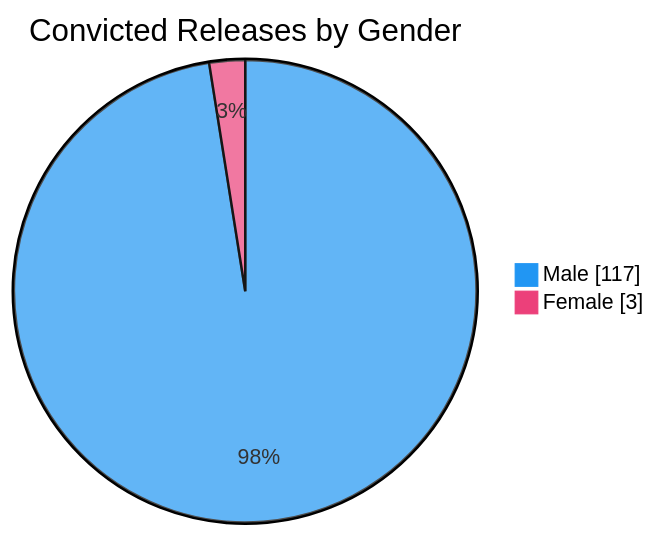
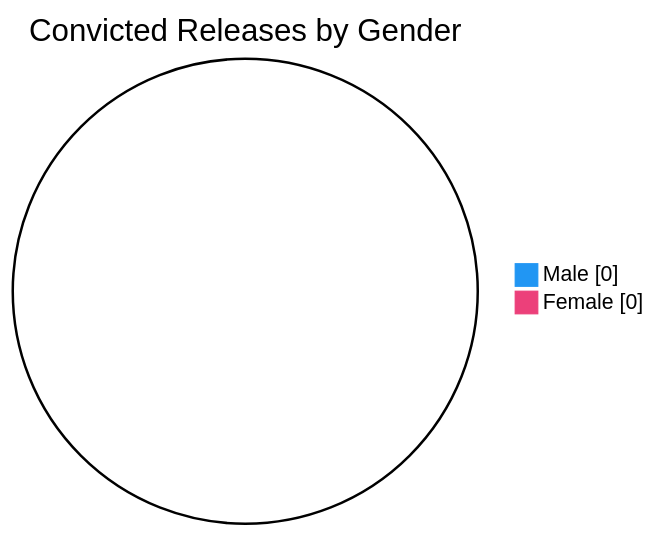
The sixth of 7 diagrams in README.md (nuuuwan/lk_prisons), drawn with Mermaid before and after one commit. The commit also changed other lines of this file and 1 other file, not shown here.

````diff
--- a/README.md
+++ b/README.md
@@ -98,6 +98,6 @@
 ```mermaid
 %%{init: {'themeVariables': {'pie1': '#2196F3', 'pie2': '#EC407A'}}}%%
 pie showData title Convicted Releases by Gender
-    "Male" : 117
-    "Female" : 3
+    "Male" : 0
+    "Female" : 0
 ```
````
